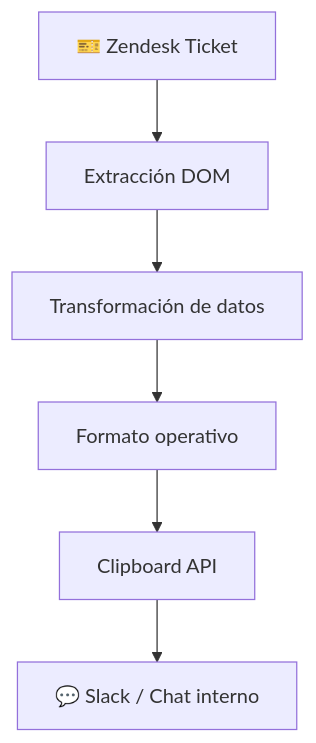
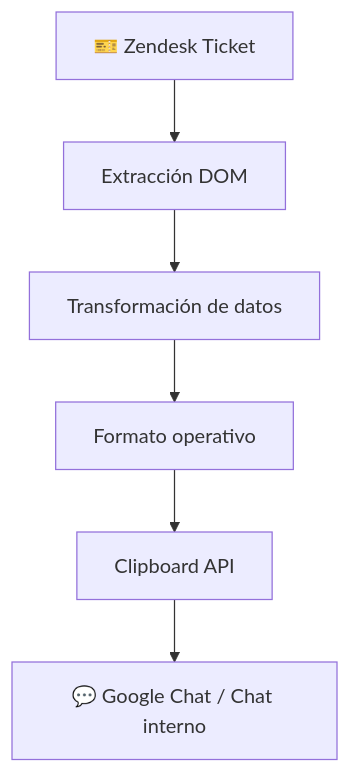
One commit to boghus/zendesk-ticket-reader changed the diagram in README.md. Above: the diagram before and after it, drawn with Mermaid. The commit also changed other lines of this file and 5 other files, not shown here.

````diff
--- a/README.md
+++ b/README.md
@@ -48,8 +48,8 @@
 ```mermaid
 flowchart TD
     A[🎫 Zendesk Ticket] --> B[Extracción DOM]
     B --> C[Transformación de datos]
     C --> D[Formato operativo]
     D --> E[Clipboard API]
-    E --> F[💬 Slack / Chat interno]
+    E --> F[💬 Google Chat / Chat interno]
 ```
````
